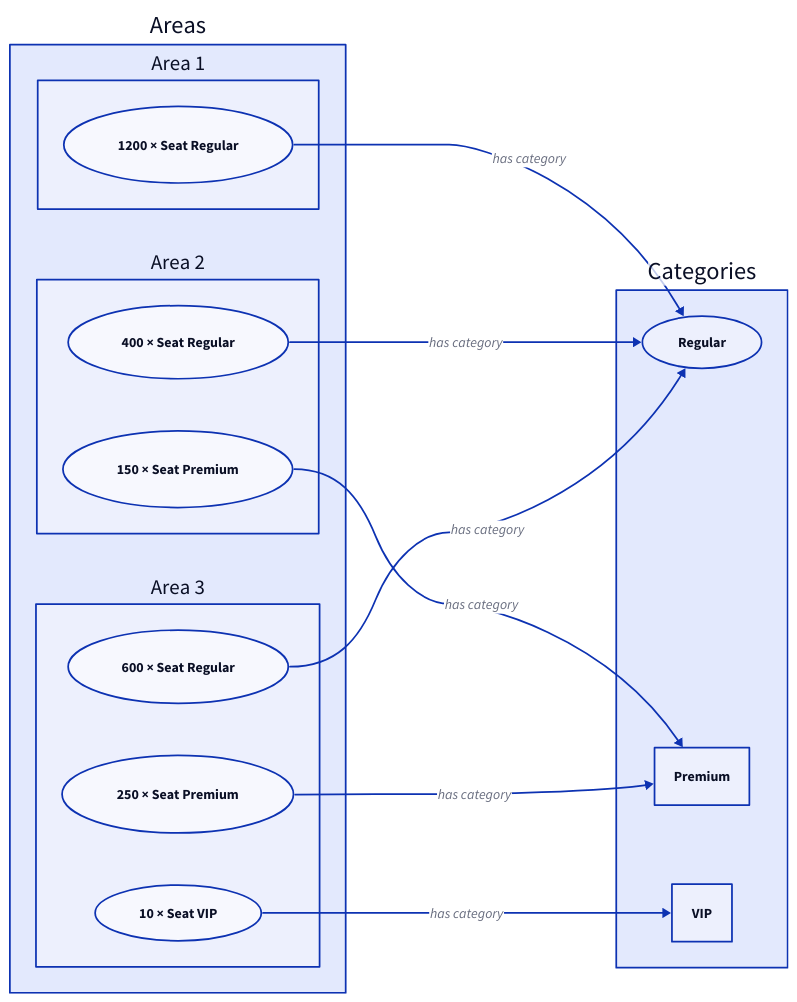
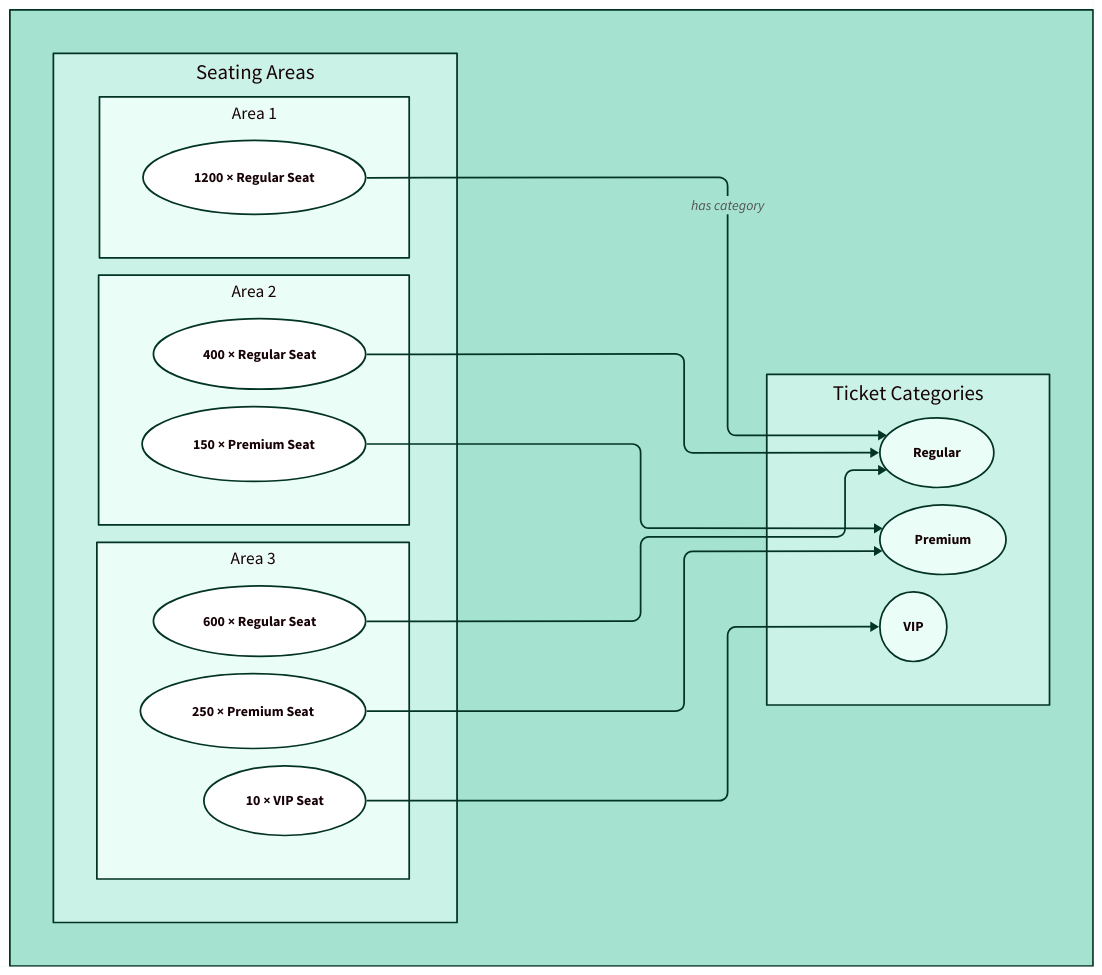
Before and after one commit to byceps/byceps: the diagram in docs/blueprints/seating/example_big.d2, drawn with D2. The commit also changed 12 other files, not shown here.

First line of the commit message:
Recreate diagram images in documentation

```diff
--- a/docs/blueprints/seating/example_big.d2
+++ b/docs/blueprints/seating/example_big.d2
@@ -1,29 +1,63 @@
-# layout: dagre
+vars: {
+  d2-config: {
+    layout-engine: elk
+    theme-id: 104
+  }
+}
+
+classes: {
+  entity: {
+    shape: oval
+    height: 80
+  }
+}
 
 direction: right
 
-Categories: {
-  Regular: {shape: oval}
+container: "" {
+  Ticket Categories: {
+    Regular: { class: entity }
+    Premium: { class: entity }
+    VIP: { class: entity }
+  }
+
+  Seating Areas: {
+    Area 1: {
+      Seat Regular: {
+        class: entity
+        label: "1200 × Regular Seat"
+      }
+    }
+    Area 2: {
+      Seat Regular: {
+        class: entity
+        label: "400 × Regular Seat"
+      }
+      Seat Premium: {
+        class: entity
+        label: "150 × Premium Seat"
+      }
+    }
+    Area 3: {
+      Seat Regular: {
+        class: entity
+        label: "600 × Regular Seat"
+      }
+      Seat Premium: {
+        class: entity
+        label: "250 × Premium Seat"
+      }
+      Seat VIP: {
+        class: entity
+        label: "10 × VIP Seat"
+      }
+    }
+  }
+
+  Seating Areas.Area 1.Seat Regular -> Ticket Categories.Regular: has category
+  Seating Areas.Area 2.Seat Regular -> Ticket Categories.Regular
+  Seating Areas.Area 2.Seat Premium -> Ticket Categories.Premium
+  Seating Areas.Area 3.Seat Regular -> Ticket Categories.Regular
+  Seating Areas.Area 3.Seat Premium -> Ticket Categories.Premium
+  Seating Areas.Area 3.Seat VIP -> Ticket Categories.VIP
 }
-
-Areas: {
-  Area 1: {
-    Seat Regular: {label: "1200 × Seat Regular"; shape: oval}
-  }
-  Area 2: {
-    Seat Regular: {label: "400 × Seat Regular"; shape: oval}
-    Seat Premium: {label: "150 × Seat Premium"; shape: oval}
-  }
-  Area 3: {
-    Seat Regular: {label: "600 × Seat Regular"; shape: oval}
-    Seat Premium: {label: "250 × Seat Premium"; shape: oval}
-    Seat VIP: {label: "10 × Seat VIP"; shape: oval}
-  }
-}
-
-Areas.Area 1.Seat Regular -> Categories.Regular: has category
-Areas.Area 2.Seat Regular -> Categories.Regular: has category
-Areas.Area 2.Seat Premium -> Categories.Premium: has category
-Areas.Area 3.Seat Regular -> Categories.Regular: has category
-Areas.Area 3.Seat Premium -> Categories.Premium: has category
-Areas.Area 3.Seat VIP -> Categories.VIP: has category
```
